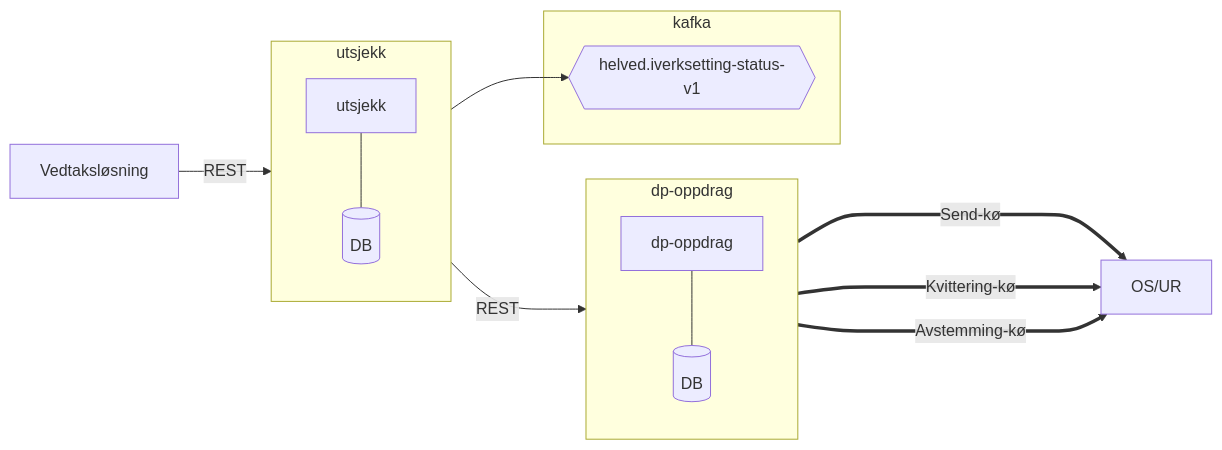
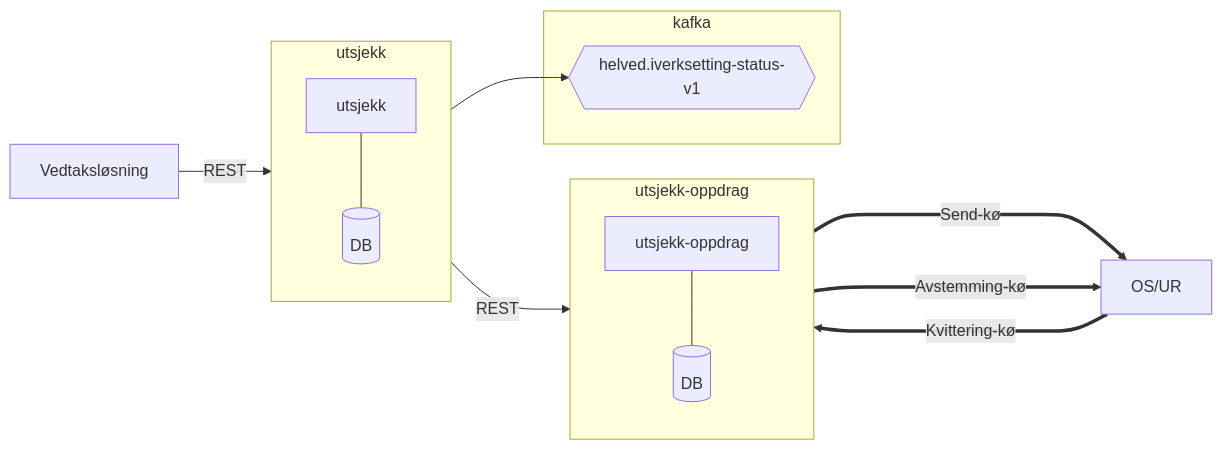
One commit to navikt/dp-iverksett changed the diagram in pages/index.mdx. Above: the diagram before and after it, drawn with Mermaid. The commit also changed other lines of this file and 3 other files, not shown here.

````diff
--- a/pages/index.mdx
+++ b/pages/index.mdx
@@ -18,31 +20,31 @@
 ```mermaid
 graph LR
     subgraph utsjekk
       iverksett["utsjekk"]
       iverksettDB[(DB)]
 
       iverksett --- iverksettDB
     end
 
-    subgraph dp-oppdrag
-      oppdrag["dp-oppdrag"]
+    subgraph utsjekk-oppdrag
+      oppdrag["utsjekk-oppdrag"]
       oppdragDB[(DB)]
 
       oppdrag --- oppdragDB
     end
 
     vedtak["Vedtaksløsning"]
     osur["OS/UR"]
 
 
     subgraph kafka
         topic{{helved.iverksetting-status-v1}}
     end
 
     vedtak -->|REST| utsjekk
-    utsjekk -->|REST| dp-oppdrag
+    utsjekk -->|REST| utsjekk-oppdrag
     utsjekk --> topic
-    dp-oppdrag ====>|Send-kø| osur
-    dp-oppdrag ====>|Kvittering-kø| osur
-    dp-oppdrag ====>|Avstemming-kø| osur
+    utsjekk-oppdrag ====>|Send-kø| osur
+    osur ====>|Kvittering-kø| utsjekk-oppdrag
+    utsjekk-oppdrag ====>|Avstemming-kø| osur
 ```
````
